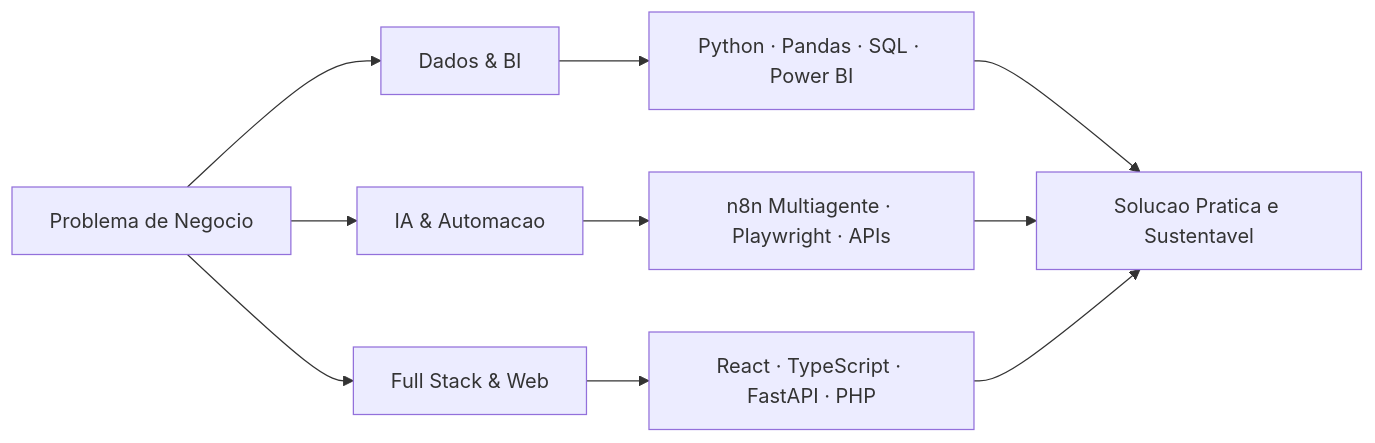
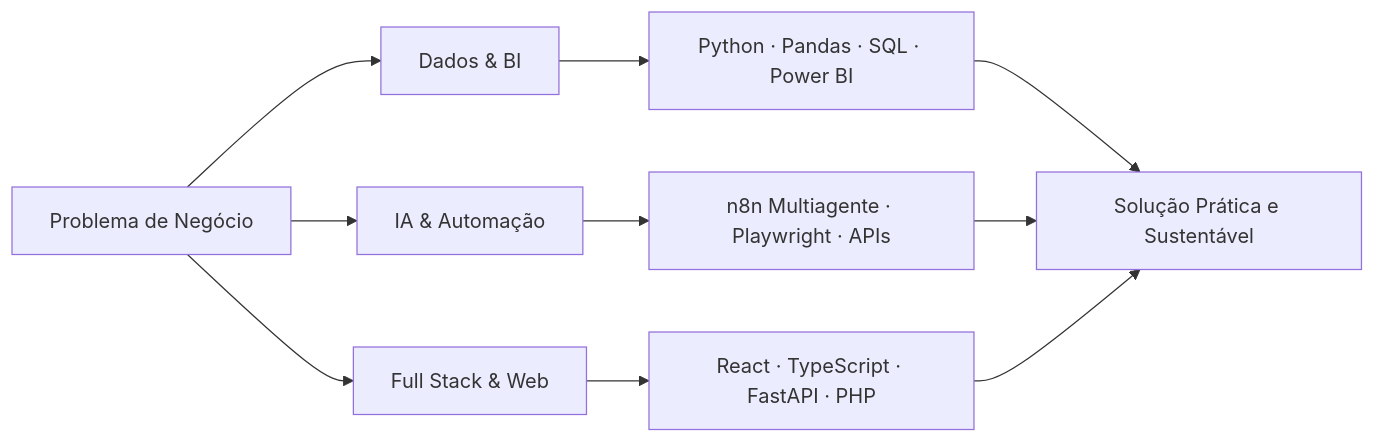
Before and after one commit to YohanVallier/YohanVallier: the second of 2 diagrams in README.md, drawn with Mermaid. The commit also changed other lines of this file, not shown here.

````diff
--- a/README.md
+++ b/README.md
@@ -561,12 +623,12 @@
 ```mermaid
 flowchart LR
-    A[Problema de Negocio] --> B[Dados & BI]
-    A --> C[IA & Automacao]
+    A[Problema de Negócio] --> B[Dados & BI]
+    A --> C[IA & Automação]
     A --> D[Full Stack & Web]
     B --> B1[Python · Pandas · SQL · Power BI]
     C --> C1[n8n Multiagente · Playwright · APIs]
     D --> D1[React · TypeScript · FastAPI · PHP]
-    B1 --> E[Solucao Pratica e Sustentavel]
+    B1 --> E[Solução Prática e Sustentável]
     C1 --> E
     D1 --> E
 ```
````
